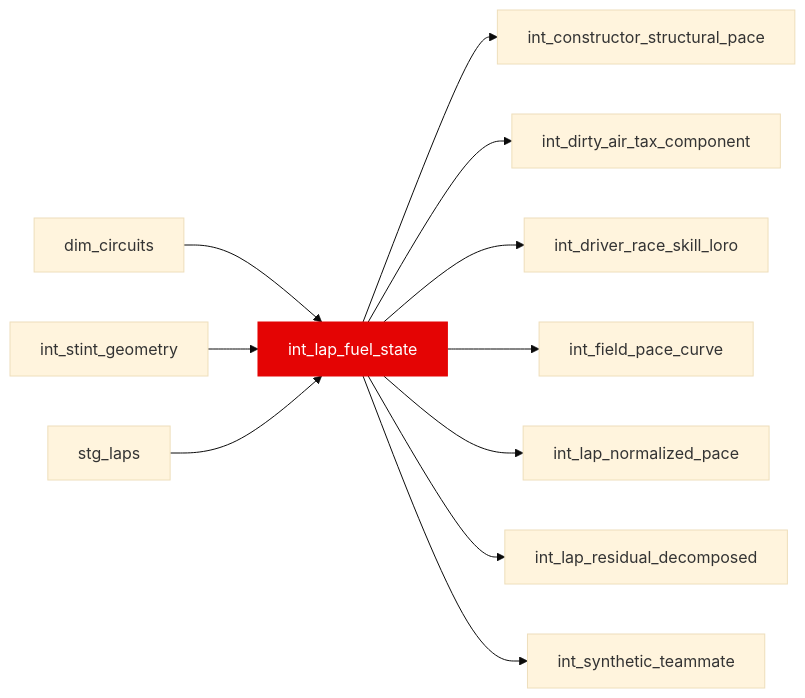
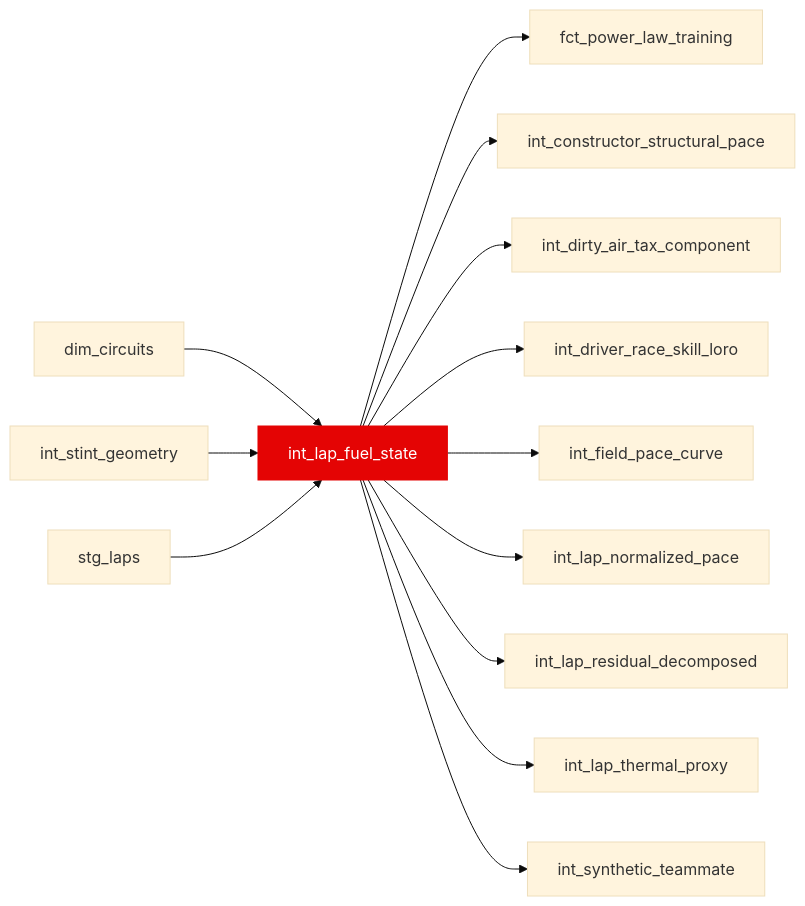
Before and after one commit to JustinClarke/off-the-pace: the diagram in docs/reference/models/int/int_lap_fuel_state.mdx, drawn with Mermaid (base theme). The commit also changed other lines of this file and 79 other files, not shown here.

````diff
--- a/docs/reference/models/int/int_lap_fuel_state.mdx
+++ b/docs/reference/models/int/int_lap_fuel_state.mdx
@@ -15,14 +15,16 @@
 ```mermaid
 flowchart LR
   dim_circuits --> int_lap_fuel_state
   int_stint_geometry --> int_lap_fuel_state
   stg_laps --> int_lap_fuel_state
+  int_lap_fuel_state --> fct_power_law_training
   int_lap_fuel_state --> int_constructor_structural_pace
   int_lap_fuel_state --> int_dirty_air_tax_component
   int_lap_fuel_state --> int_driver_race_skill_loro
   int_lap_fuel_state --> int_field_pace_curve
   int_lap_fuel_state --> int_lap_normalized_pace
   int_lap_fuel_state --> int_lap_residual_decomposed
+  int_lap_fuel_state --> int_lap_thermal_proxy
   int_lap_fuel_state --> int_synthetic_teammate
   style int_lap_fuel_state fill:#e40404,stroke:#e40404,color:#fff
 ```
````
